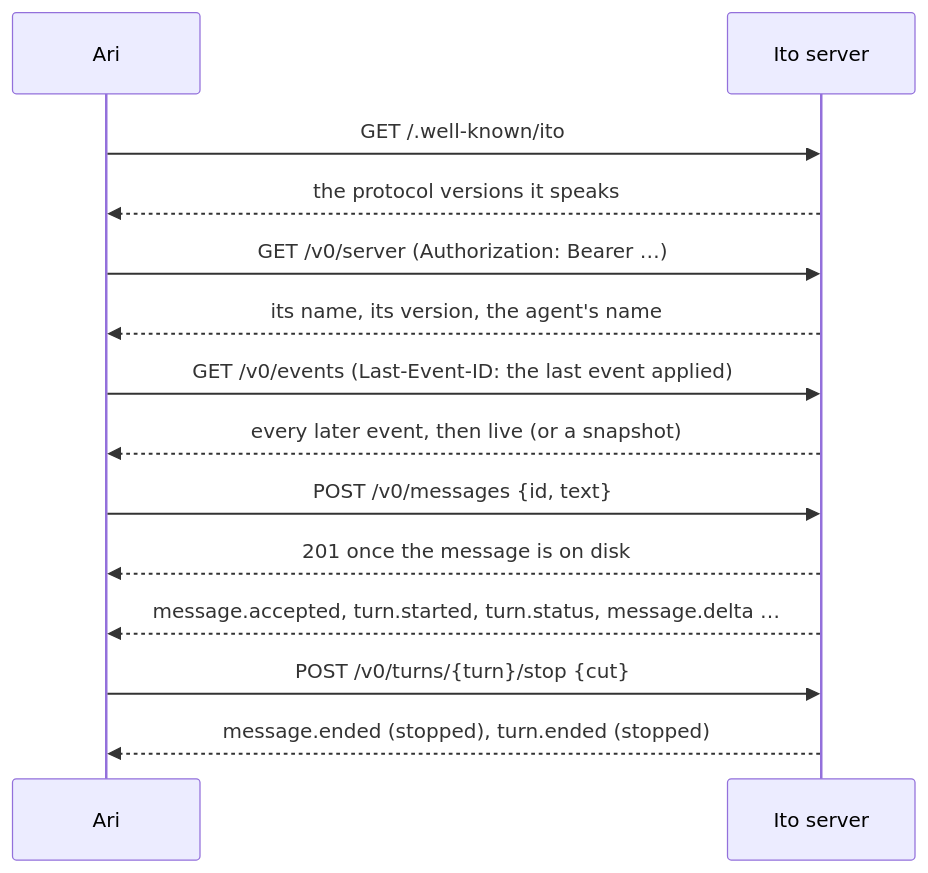
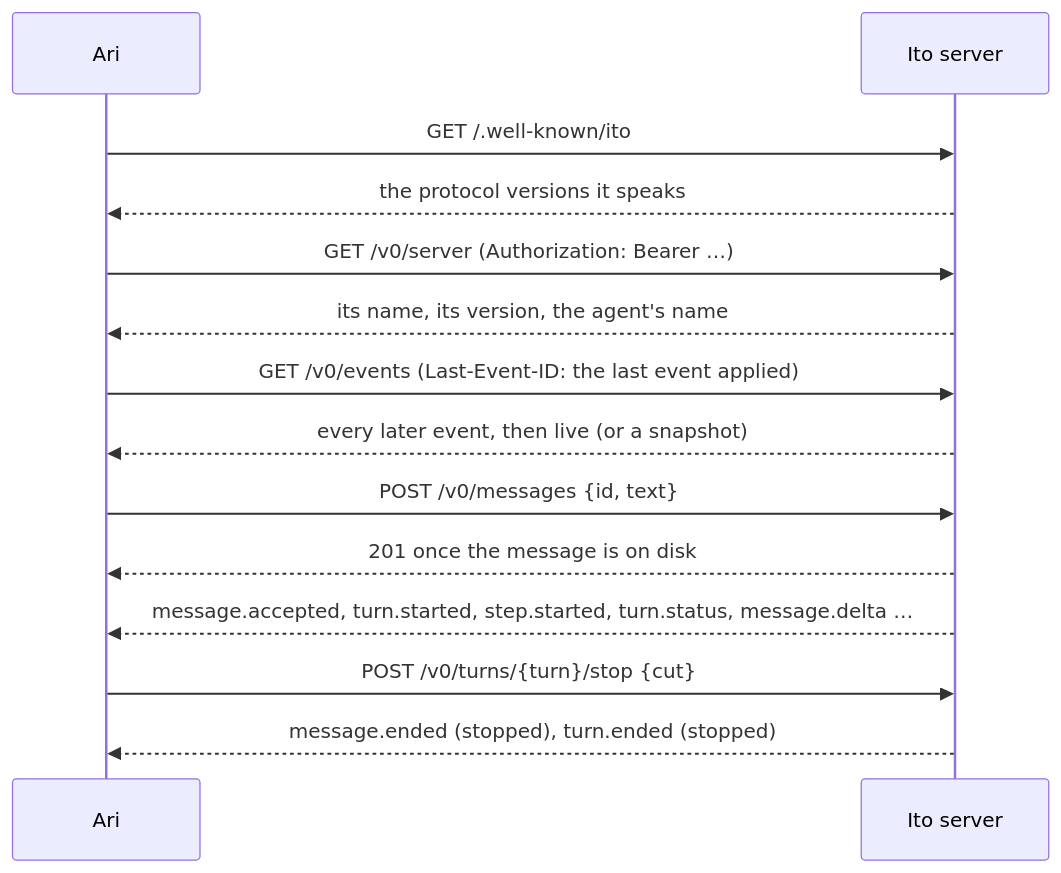
The diagram in protocol/README.md (akai-ito/ito-core), drawn with Mermaid before and after one commit. The commit also changed other lines of this file and 46 other files, not shown here.

````diff
--- a/protocol/README.md
+++ b/protocol/README.md
@@ -18,16 +18,16 @@
 ```mermaid
 sequenceDiagram
   participant App as Ari
   participant Server as Ito server
   App->>Server: GET /.well-known/ito
   Server-->>App: the protocol versions it speaks
   App->>Server: GET /v0/server (Authorization: Bearer …)
   Server-->>App: its name, its version, the agent's name
   App->>Server: GET /v0/events (Last-Event-ID: the last event applied)
   Server-->>App: every later event, then live (or a snapshot)
   App->>Server: POST /v0/messages {id, text}
   Server-->>App: 201 once the message is on disk
-  Server-->>App: message.accepted, turn.started, turn.status, message.delta …
+  Server-->>App: message.accepted, turn.started, step.started, turn.status, message.delta …
   App->>Server: POST /v0/turns/{turn}/stop {cut}
   Server-->>App: message.ended (stopped), turn.ended (stopped)
 ```
````
